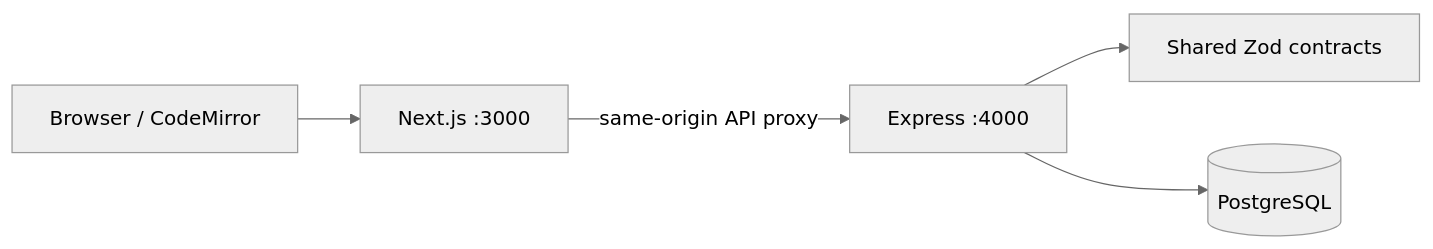
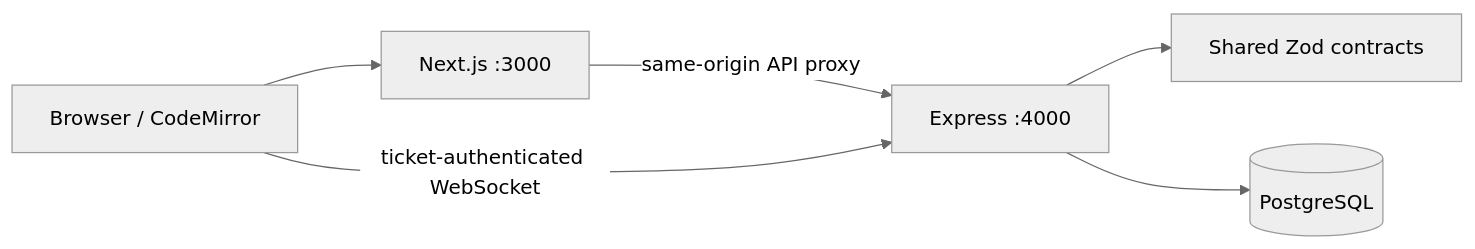
Before and after one commit to Amar0703/CodeTogether: the diagram in docs/architecture.md, drawn with Mermaid (neutral theme). The commit also changed other lines of this file and 28 other files, not shown here.

````diff
--- a/docs/architecture.md
+++ b/docs/architecture.md
@@ -5,7 +5,8 @@
 ```mermaid
 flowchart LR
   Browser[Browser / CodeMirror] --> Web[Next.js :3000]
   Web -->|same-origin API proxy| API[Express :4000]
+  Browser -->|ticket-authenticated WebSocket| API
   API --> Contracts[Shared Zod contracts]
   API --> DB[(PostgreSQL)]
 ```
````
